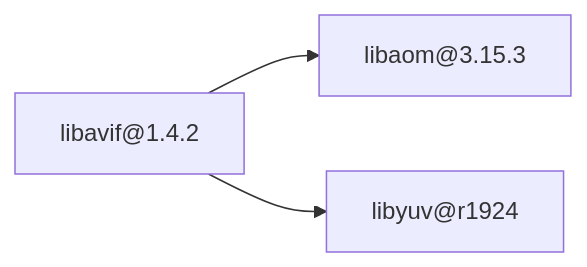
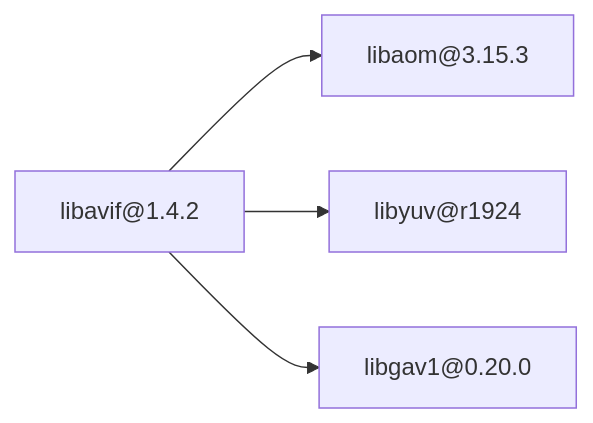
Before and after one commit to adeccscholar/BuildEngine-Admin: the diagram in admin/docs/packages/libavif/1.4.2/migration.md, drawn with Mermaid. The commit also changed other lines of this file, not shown here.

Commit message:
Document libavif 1.4.2 external libgav1 decoder and AOM encoder GN-independent package closure

````diff
--- a/admin/docs/packages/libavif/1.4.2/migration.md
+++ b/admin/docs/packages/libavif/1.4.2/migration.md
@@ -18,8 +19,10 @@
 ```mermaid
 flowchart LR
    libavif_1_4_2["libavif@1.4.2"]
    libaom_3_15_3["libaom@3.15.3"]
    libyuv_r1924["libyuv@r1924"]
+   libgav1_0_20_0["libgav1@0.20.0"]
    libavif_1_4_2 --> libaom_3_15_3
    libavif_1_4_2 --> libyuv_r1924
+   libavif_1_4_2 --> libgav1_0_20_0
 ```
````
